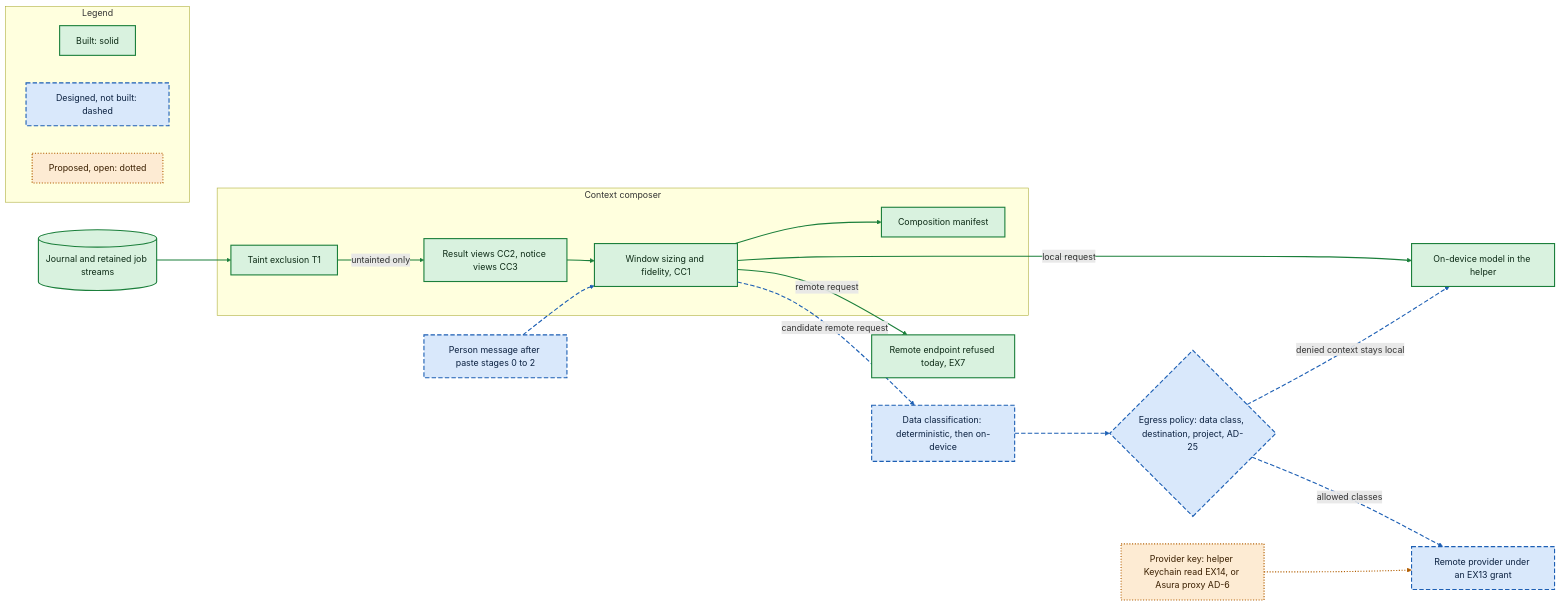
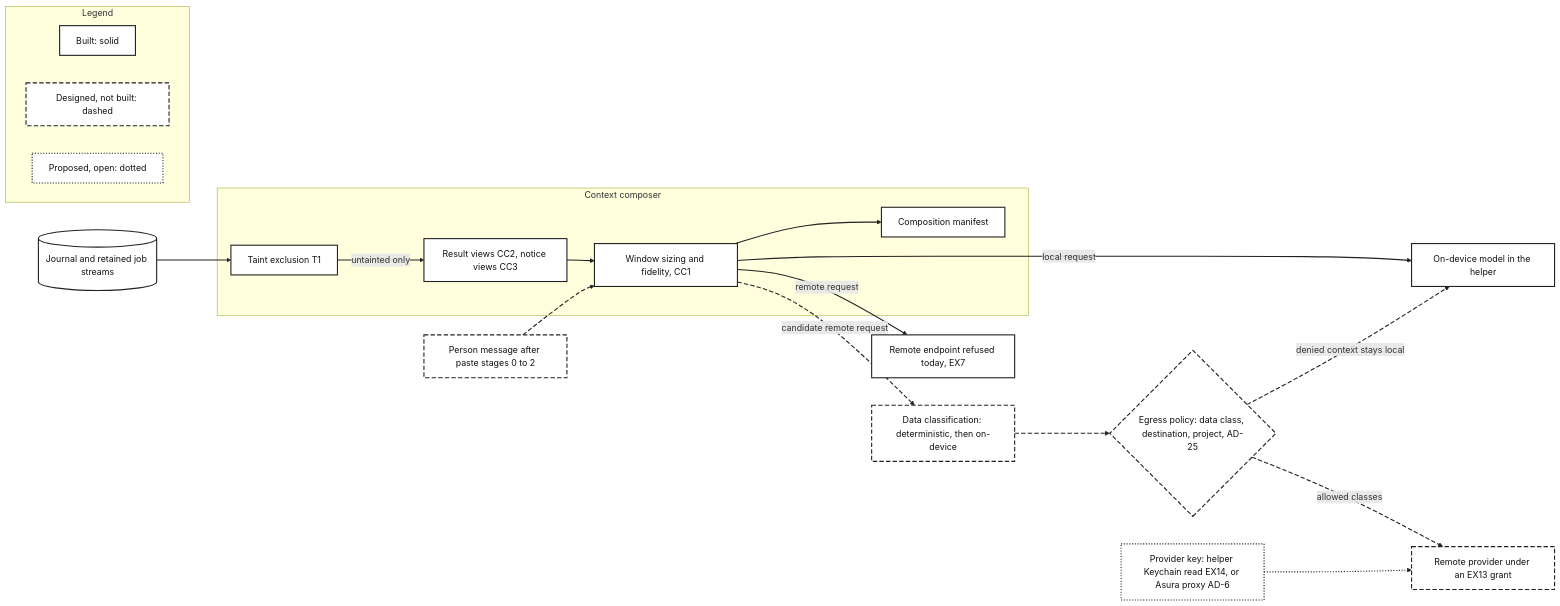
The sixth of 7 diagrams in docs/designs/architecture-overview.md (pidster/asura), drawn with Mermaid before and after one commit. The commit also changed other lines of this file, not shown here.

First line of the commit message:
Draw the overview diagrams in line styles only, without colour

````diff
--- a/docs/designs/architecture-overview.md
+++ b/docs/designs/architecture-overview.md
@@ -433,41 +432,41 @@
 ```mermaid
 flowchart LR
     Jn[("Journal and retained job streams")]:::built
     Msg["Person message after paste stages 0 to 2"]:::designed
     subgraph Comp["Context composer"]
         T1["Taint exclusion T1"]:::built
         Views["Result views CC2, notice views CC3"]:::built
         Win["Window sizing and fidelity, CC1"]:::built
         Man["Composition manifest"]:::built
     end
     Cls["Data classification: deterministic, then on-device"]:::designed
     Pol{"Egress policy: data class, destination, project, AD-25"}:::designed
     Local["On-device model in the helper"]:::built
     Refuse["Remote endpoint refused today, EX7"]:::built
     Remote["Remote provider under an EX13 grant"]:::designed
     Key["Provider key: helper Keychain read EX14, or Asura proxy AD-6"]:::proposed
     Jn --> T1
     T1 -->|"untainted only"| Views
     Views --> Win
     Win --> Man
     Win -->|"local request"| Local
     Win -->|"remote request"| Refuse
     Msg --> Win
     Win -->|"candidate remote request"| Cls
     Cls --> Pol
     Pol -->|"allowed classes"| Remote
     Pol -->|"denied context stays local"| Local
     Key --> Remote
     subgraph Legend["Legend"]
         direction LR
         LB["Built: solid"]:::built
         LD["Designed, not built: dashed"]:::designed
         LP["Proposed, open: dotted"]:::proposed
     end
-    classDef built fill:#d9f2df,stroke:#1b7f3b,stroke-width:2px,color:#0d2b16
-    classDef designed fill:#d9e8fb,stroke:#1d5fb4,stroke-width:2px,stroke-dasharray:8 4,color:#0b2140
-    classDef proposed fill:#fdebd3,stroke:#b25e00,stroke-width:2px,stroke-dasharray:2 3,color:#3a1f00
-    linkStyle 0,1,2,3,4,5 stroke:#1b7f3b,stroke-width:2px
-    linkStyle 6,7,8,9,10 stroke:#1d5fb4,stroke-width:2px,stroke-dasharray:8 4
-    linkStyle 11 stroke:#b25e00,stroke-width:2px,stroke-dasharray:2 3
+    classDef built fill:#ffffff,stroke:#222222,stroke-width:2px,color:#111111
+    classDef designed fill:#ffffff,stroke:#222222,stroke-width:2px,stroke-dasharray:8 4,color:#111111
+    classDef proposed fill:#ffffff,stroke:#222222,stroke-width:2px,stroke-dasharray:2 3,color:#111111
+    linkStyle 0,1,2,3,4,5 stroke:#222222,stroke-width:2px
+    linkStyle 6,7,8,9,10 stroke:#222222,stroke-width:2px,stroke-dasharray:8 4
+    linkStyle 11 stroke:#222222,stroke-width:2px,stroke-dasharray:2 3
 ```
````
